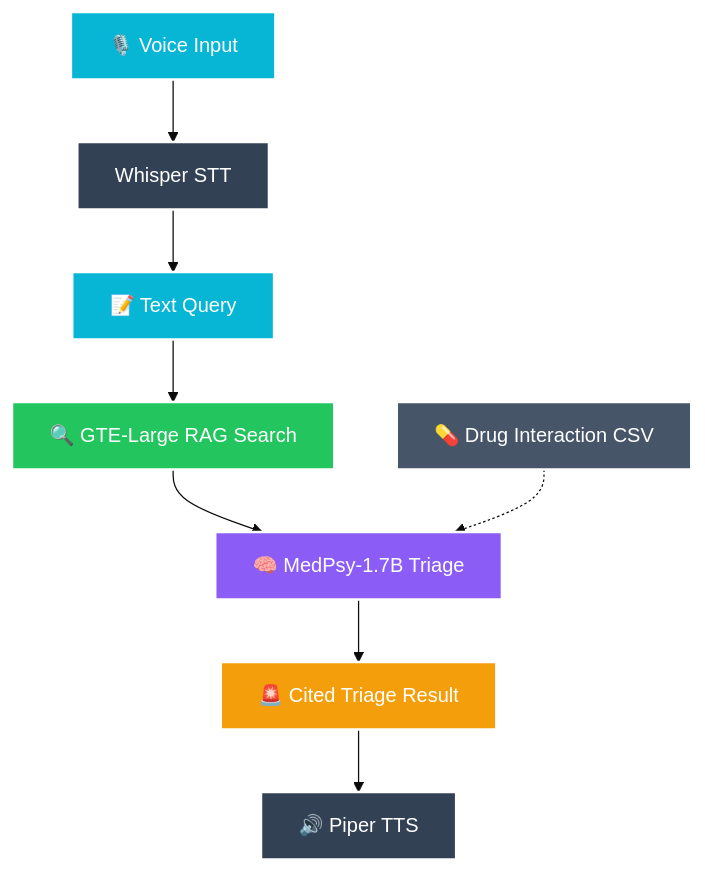
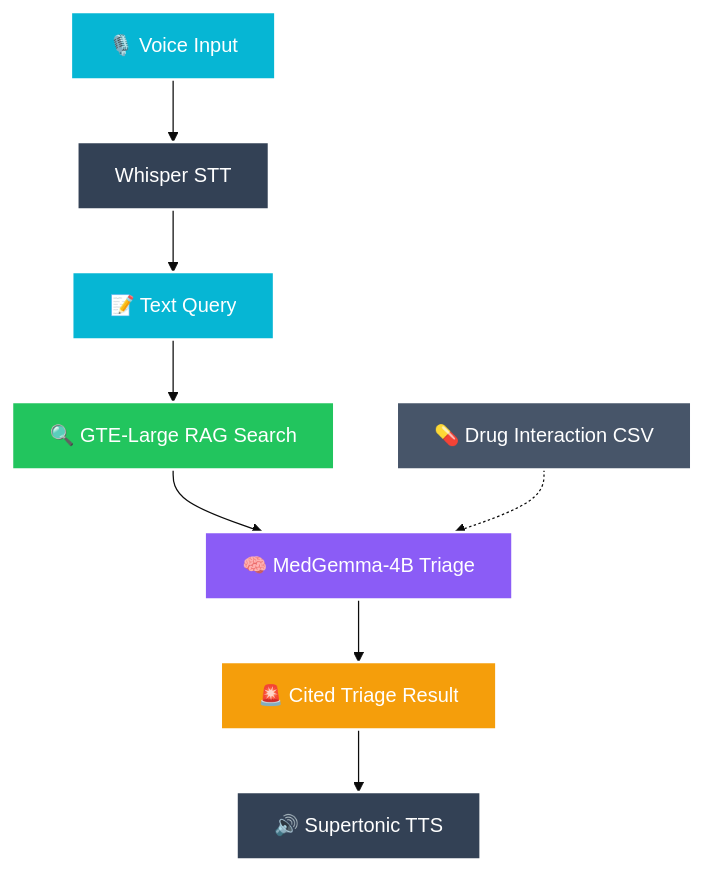
One commit to edycutjong/pulse changed the diagram in README.md. Above: the diagram before and after it, drawn with Mermaid (base theme). The commit also changed other lines of this file and 17 other files, not shown here.

First line of the commit message:
feat: integrate MedGemma-4B clinical model, P2P compute delegation, and multimodal photo intake

````diff
--- a/README.md
+++ b/README.md
@@ -62,19 +62,19 @@
 ```mermaid
 graph TD
     A["🎙️ Voice Input"] --> B["Whisper STT"]
     B --> C["📝 Text Query"]
     C --> D["🔍 GTE-Large RAG Search"]
-    D --> E["🧠 MedPsy-1.7B Triage"]
+    D --> E["🧠 MedGemma-4B Triage"]
     F["💊 Drug Interaction CSV"] -.-> E
     E --> G["🚨 Cited Triage Result"]
-    G --> H["🔊 Piper TTS"]
+    G --> H["🔊 Supertonic TTS"]
 
     style A fill:#06b6d4,stroke:#fff,stroke-width:2px,color:#fff
     style B fill:#334155,stroke:#fff,stroke-width:2px,color:#fff
     style C fill:#06b6d4,stroke:#fff,stroke-width:2px,color:#fff
     style D fill:#22c55e,stroke:#fff,stroke-width:2px,color:#fff
     style E fill:#8b5cf6,stroke:#fff,stroke-width:2px,color:#fff
     style F fill:#475569,stroke:#fff,stroke-width:2px,color:#fff
     style G fill:#f59e0b,stroke:#fff,stroke-width:2px,color:#fff
     style H fill:#334155,stroke:#fff,stroke-width:2px,color:#fff
 ```
````
